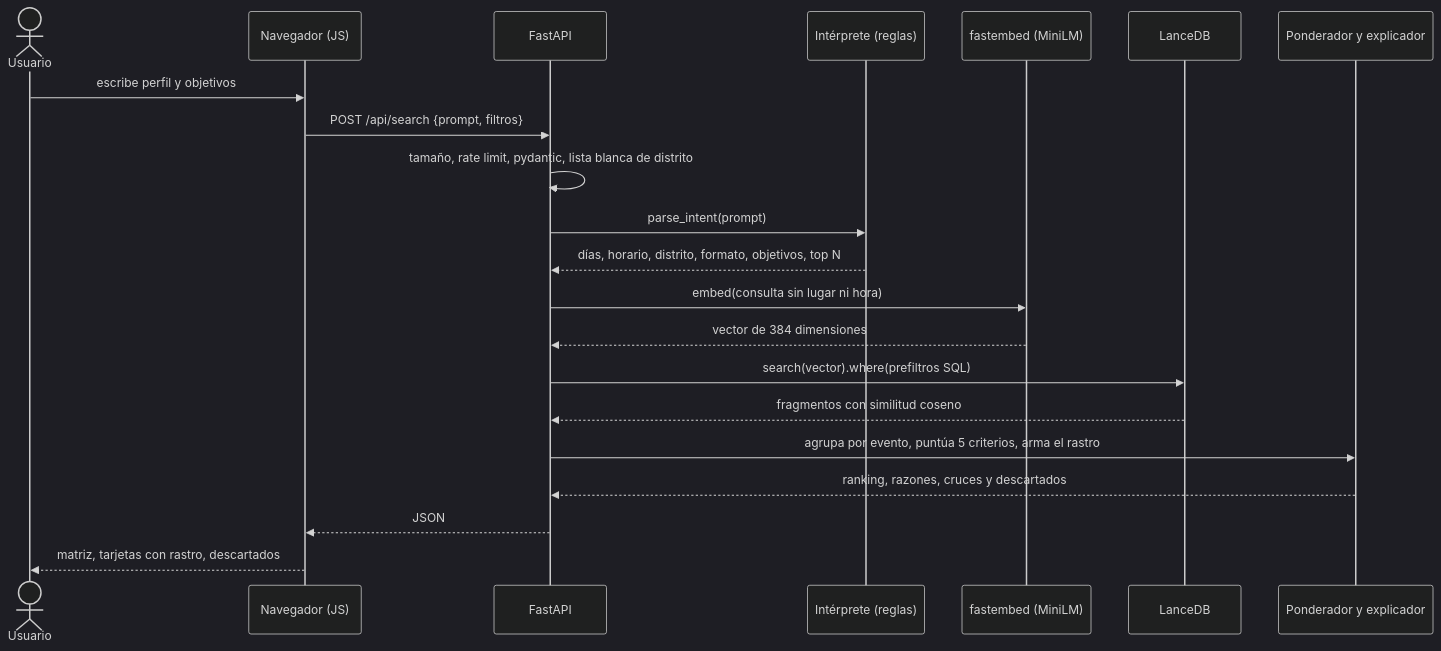
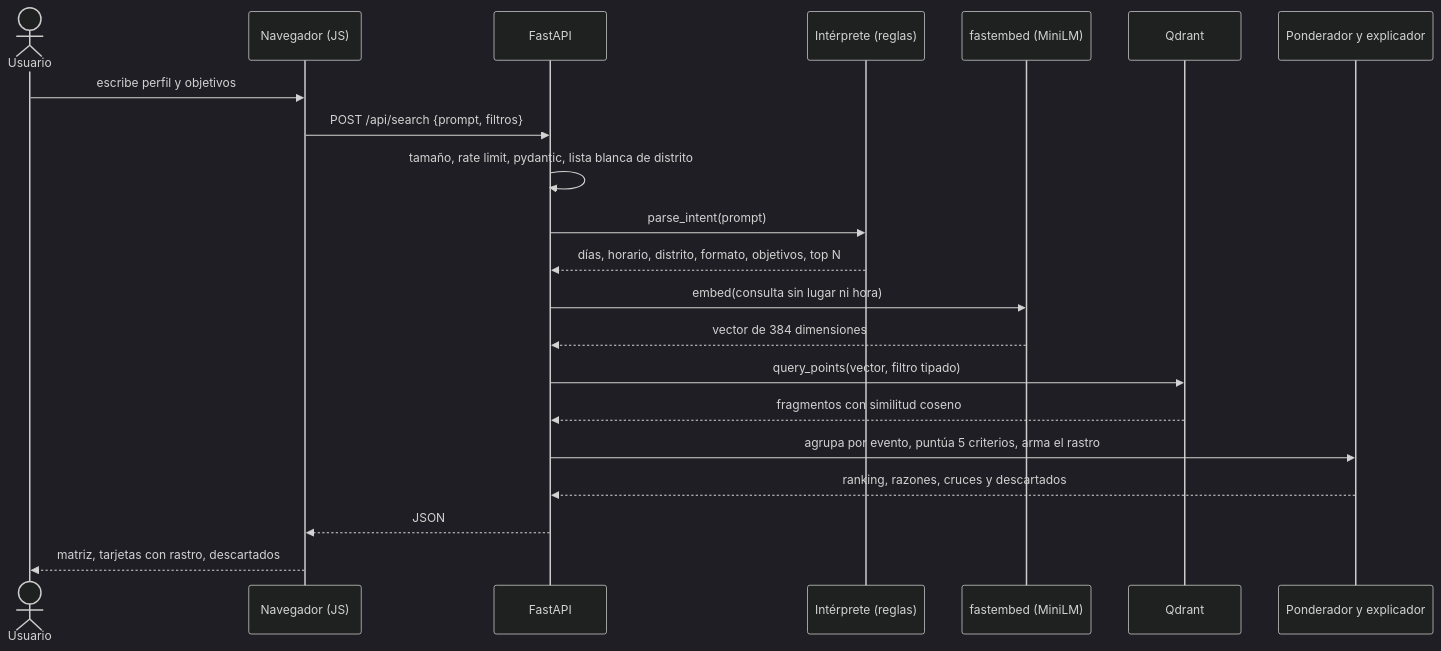
Before and after one commit to FabrizioVasquez/free-demo-lima-week: the diagram in README.md, drawn with Mermaid (dark theme). The commit also changed other lines of this file and 16 other files, not shown here.

First line of the commit message:
Imagen 941 MB -> 612 MB: Qdrant local en lugar de LanceDB + recortes

````diff
--- a/README.md
+++ b/README.md
@@ -29,23 +29,23 @@
 ```mermaid
 sequenceDiagram
   actor U as Usuario
   participant UI as Navegador (JS)
   participant API as FastAPI
   participant NLU as Intérprete (reglas)
   participant EMB as fastembed (MiniLM)
-  participant DB as LanceDB
+  participant DB as Qdrant
   participant SC as Ponderador y explicador
   U->>UI: escribe perfil y objetivos
   UI->>API: POST /api/search {prompt, filtros}
   API->>API: tamaño, rate limit, pydantic, lista blanca de distrito
   API->>NLU: parse_intent(prompt)
   NLU-->>API: días, horario, distrito, formato, objetivos, top N
   API->>EMB: embed(consulta sin lugar ni hora)
   EMB-->>API: vector de 384 dimensiones
-  API->>DB: search(vector).where(prefiltros SQL)
+  API->>DB: query_points(vector, filtro tipado)
   DB-->>API: fragmentos con similitud coseno
   API->>SC: agrupa por evento, puntúa 5 criterios, arma el rastro
   SC-->>API: ranking, razones, cruces y descartados
   API-->>UI: JSON
   UI-->>U: matriz, tarjetas con rastro, descartados
 ```
````
